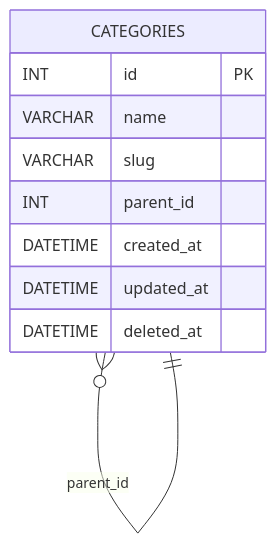
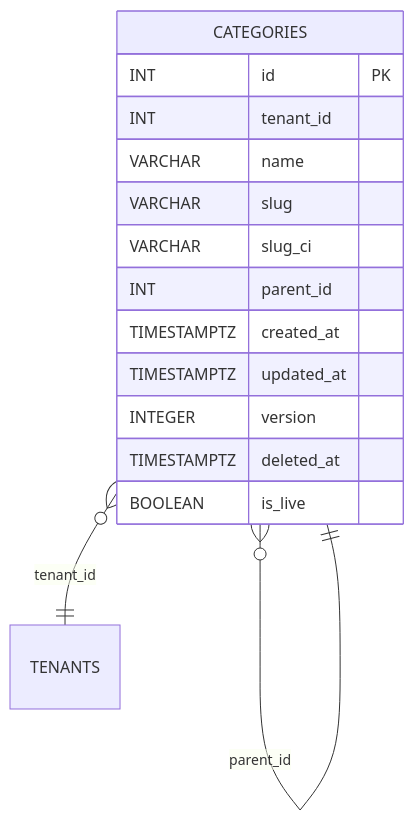
Before and after one commit to blackcatdatabase/table-categories: the diagram in README.md, drawn with Mermaid. The commit also changed other lines of this file and 26 other files, not shown here.

First line of the commit message:
Regen schema (#1)

````diff
--- a/README.md
+++ b/README.md
@@ -53,13 +61,18 @@
 ```mermaid
 erDiagram
   CATEGORIES {
     INT id PK
+    INT tenant_id
     VARCHAR name
     VARCHAR slug
+    VARCHAR slug_ci
     INT parent_id
-    DATETIME created_at
-    DATETIME updated_at
-    DATETIME deleted_at
+    TIMESTAMPTZ created_at
+    TIMESTAMPTZ updated_at
+    INTEGER version
+    TIMESTAMPTZ deleted_at
+    BOOLEAN is_live
   }
   CATEGORIES }o--|| CATEGORIES : "parent_id"
+  CATEGORIES }o--|| TENANTS : "tenant_id"
 ```
````
